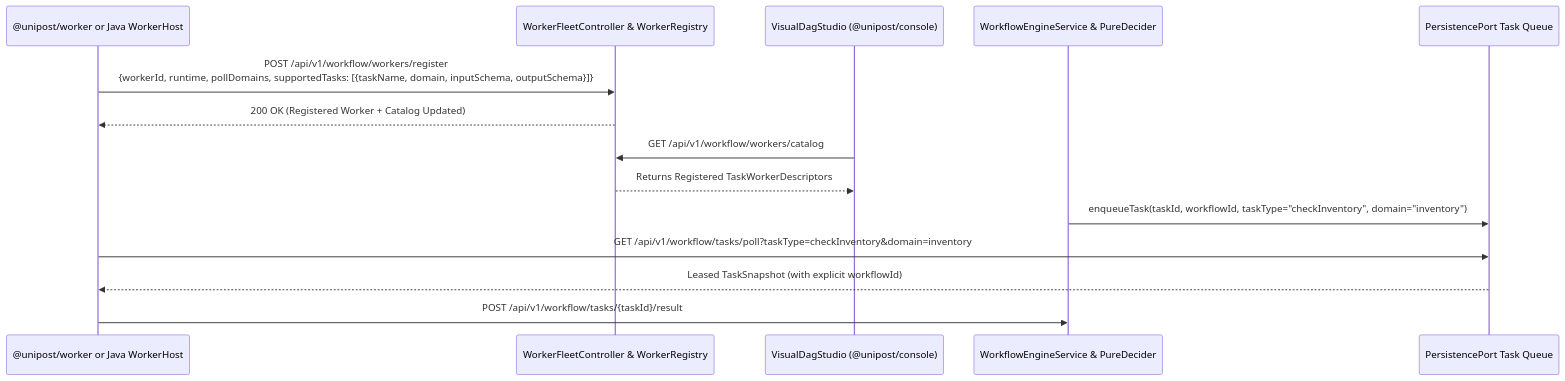
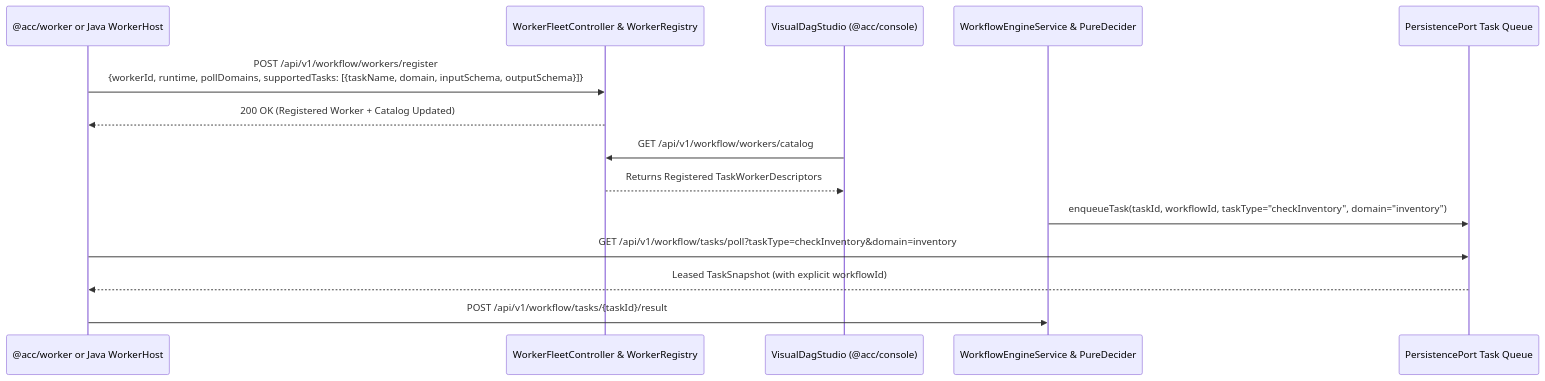
Before and after one commit to tamanle23/acc: the second of 2 diagrams in docs/integration_master_plan_iteration13.md, drawn with Mermaid. The commit also changed other lines of this file and 2869 other files, not shown here.

Commit message:
Replace unipost with acc

````diff
--- a/docs/integration_master_plan_iteration13.md
+++ b/docs/integration_master_plan_iteration13.md
@@ -124,17 +124,17 @@
 ```mermaid
 sequenceDiagram
-    participant SDK as @unipost/worker or Java WorkerHost
+    participant SDK as @acc/worker or Java WorkerHost
     participant Reg as WorkerFleetController & WorkerRegistry
-    participant Designer as VisualDagStudio (@unipost/console)
+    participant Designer as VisualDagStudio (@acc/console)
     participant Engine as WorkflowEngineService & PureDecider
     participant Queue as PersistencePort Task Queue
 
     SDK->>Reg: POST /api/v1/workflow/workers/register<br/>{workerId, runtime, pollDomains, supportedTasks: [{taskName, domain, inputSchema, outputSchema}]}
     Reg-->>SDK: 200 OK (Registered Worker + Catalog Updated)
     Designer->>Reg: GET /api/v1/workflow/workers/catalog
     Reg-->>Designer: Returns Registered TaskWorkerDescriptors
     Engine->>Queue: enqueueTask(taskId, workflowId, taskType="checkInventory", domain="inventory")
     SDK->>Queue: GET /api/v1/workflow/tasks/poll?taskType=checkInventory&domain=inventory
     Queue-->>SDK: Leased TaskSnapshot (with explicit workflowId)
     SDK->>Engine: POST /api/v1/workflow/tasks/{taskId}/result
 ```
````
